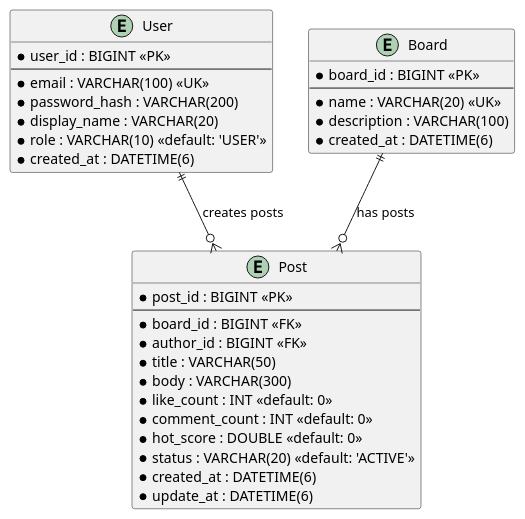
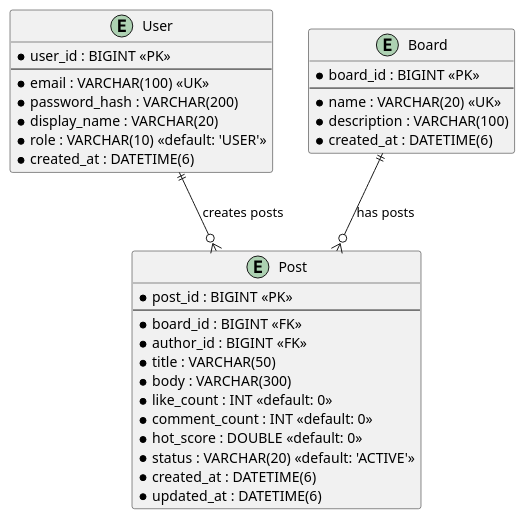
One commit to honeykokia/dcard-lite changed the diagram in docs/db/er-map.puml. Above: the diagram before and after it, drawn with PlantUML.

Commit message:
docs(db):修正Post欄位名稱 update_at -> updated_at

```diff
--- a/docs/db/er-map.puml
+++ b/docs/db/er-map.puml
@@ -1,37 +1,37 @@
 @startuml
 entity "User" as User {
   * user_id : BIGINT <<PK>>
   --
   * email : VARCHAR(100) <<UK>>
   * password_hash : VARCHAR(200)
   * display_name : VARCHAR(20)
   * role : VARCHAR(10) <<default: 'USER'>>
   * created_at : DATETIME(6)
 }
 
 entity "Board" as Board {
   * board_id : BIGINT <<PK>>
   --
   * name : VARCHAR(20) <<UK>>
   * description : VARCHAR(100)
   * created_at : DATETIME(6)
 }
 
 entity "Post" as Post {
   * post_id : BIGINT <<PK>>
   --
   * board_id : BIGINT <<FK>>
   * author_id : BIGINT <<FK>>
   * title : VARCHAR(50)
   * body : VARCHAR(300)
   * like_count : INT <<default: 0>>
   * comment_count : INT <<default: 0>>
   * hot_score : DOUBLE <<default: 0>>
   * status : VARCHAR(20) <<default: 'ACTIVE'>>
   * created_at : DATETIME(6)
-  * update_at : DATETIME(6)
+  * updated_at : DATETIME(6)
 }
 
 Board ||--o{ Post : "has posts"
 User ||--o{ Post : "creates posts"
 @enduml
```
